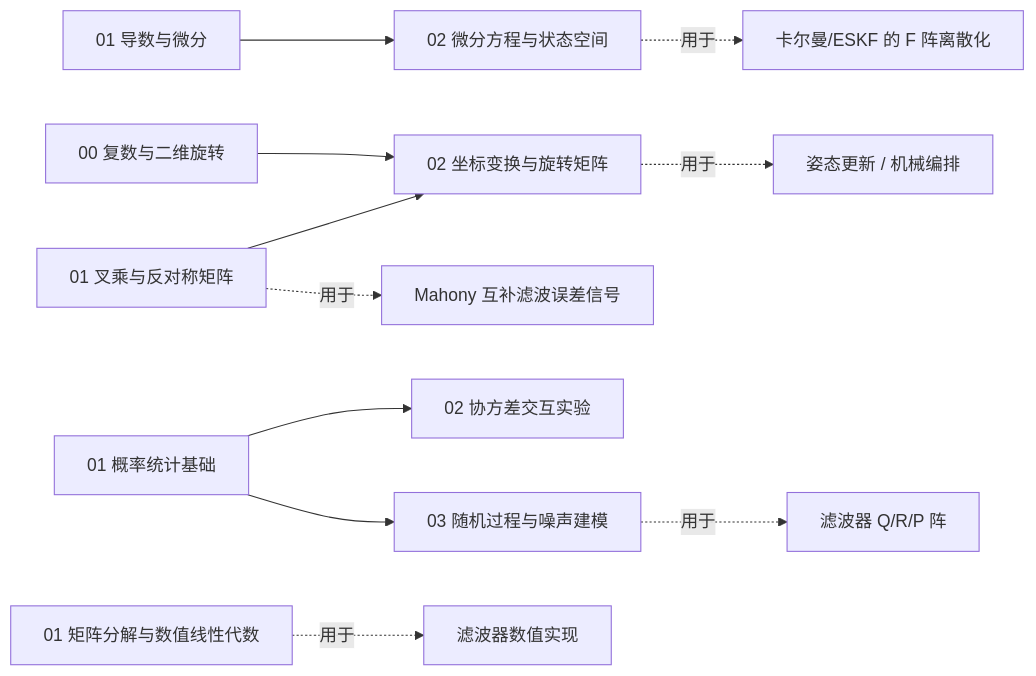
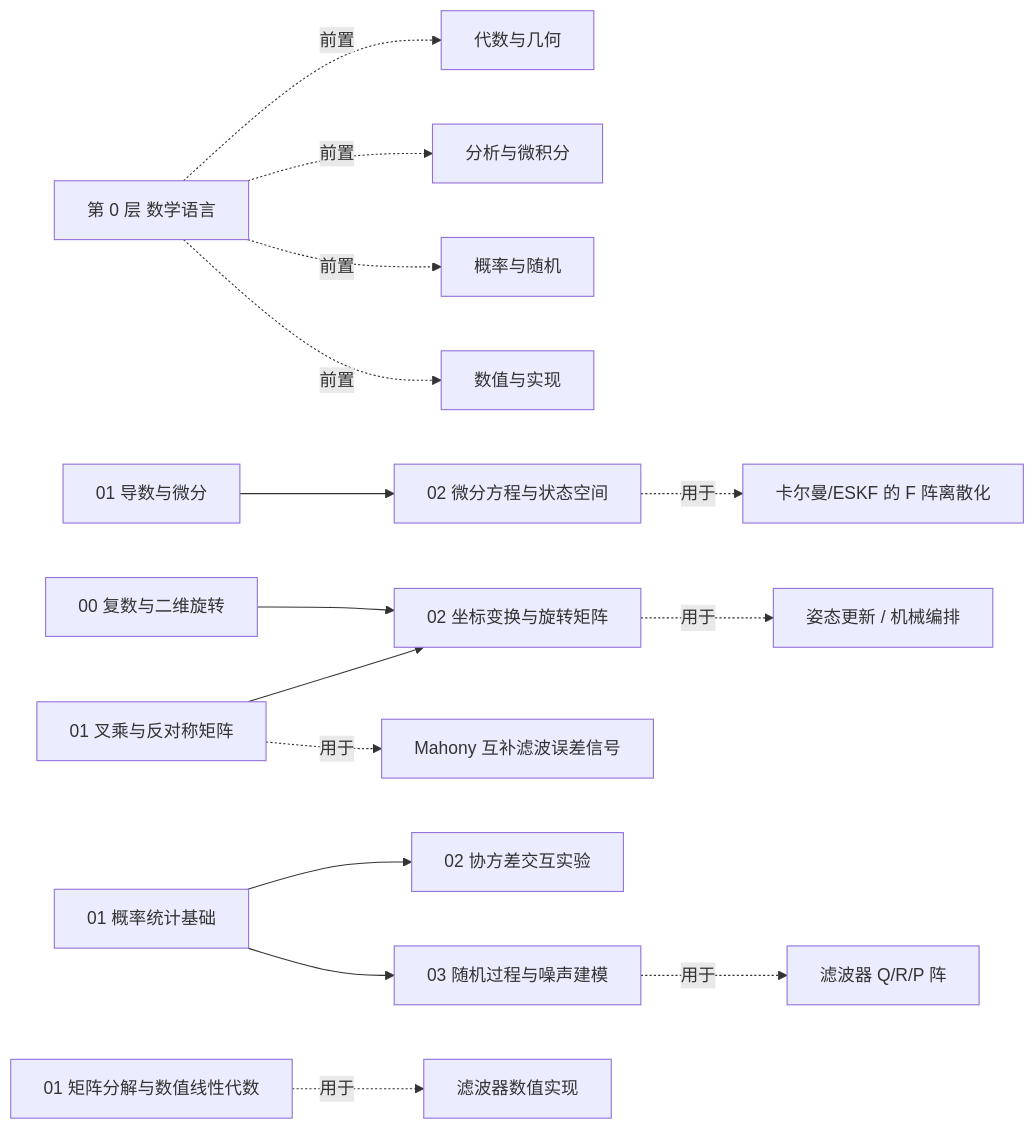
The diagram in docs/数学基础/index.md (wild-civil/civil_wiki), drawn with Mermaid before and after one commit. The commit also changed other lines of this file and 21 other files, not shown here.

````diff
--- a/docs/数学基础/index.md
+++ b/docs/数学基础/index.md
@@ -47,13 +80,17 @@
 ```mermaid
 graph LR
+  L0[第 0 层 数学语言] -.前置.-> G[代数与几何]
+  L0 -.前置.-> A[分析与微积分]
+  L0 -.前置.-> P[概率与随机]
+  L0 -.前置.-> N[数值与实现]
   A1[01 导数与微分] --> A2[02 微分方程与状态空间]
   A2 -.用于.-> KF[卡尔曼/ESKF 的 F 阵离散化]
   G0[00 复数与二维旋转] --> G2[02 坐标变换与旋转矩阵]
   G1[01 叉乘与反对称矩阵] --> G2
   G2 -.用于.-> POSTURE[姿态更新 / 机械编排]
   G1 -.用于.-> MAHONY[Mahony 互补滤波误差信号]
   P1[01 概率统计基础] --> P2[02 协方差交互实验]
   P1 --> P3[03 随机过程与噪声建模]
   P3 -.用于.-> QK[滤波器 Q/R/P 阵]
   N1[01 矩阵分解与数值线性代数] -.用于.-> IMP[滤波器数值实现]
 ```
````
